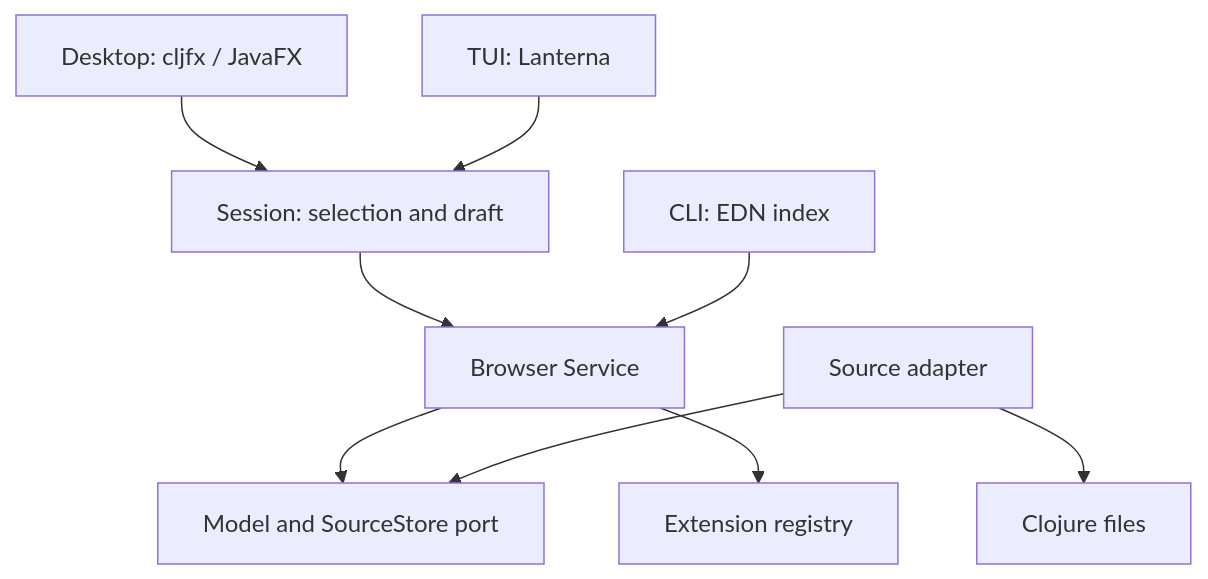
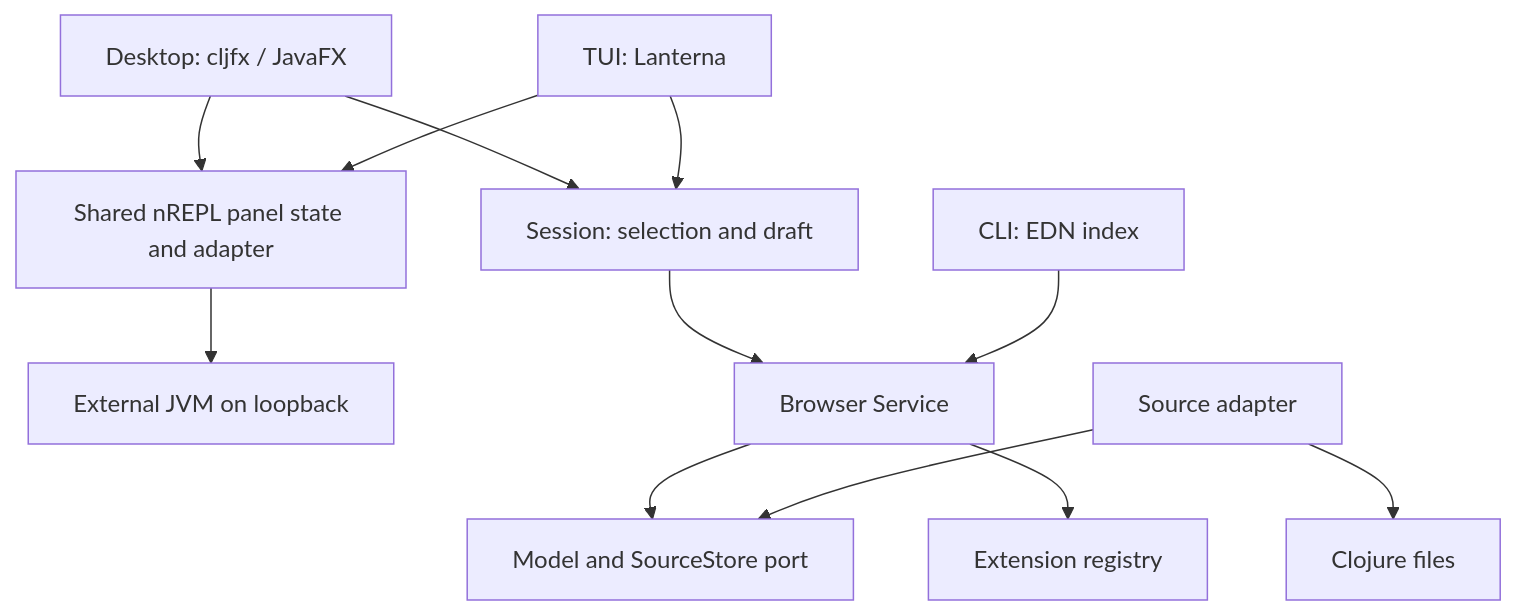
The diagram in docs/architecture.md (DevGiuDev/clojure-system-browser), drawn with Mermaid before and after one commit. The commit also changed other lines of this file and 15 other files, not shown here.

Commit message:
feat: add local nREPL panel

````diff
--- a/docs/architecture.md
+++ b/docs/architecture.md
@@ -7,11 +6,14 @@
 ```mermaid
 flowchart TD
   Desktop["Desktop: cljfx / JavaFX"] --> Session["Session: selection and draft"]
   TUI["TUI: Lanterna"] --> Session
+  Desktop --> REPL["Shared nREPL panel state and adapter"]
+  TUI --> REPL
+  REPL --> JVM["External JVM on loopback"]
   Session --> Service["Browser Service"]
   CLI["CLI: EDN index"] --> Service
   Service --> Ports["Model and SourceStore port"]
   Disk["Source adapter"] --> Ports
   Service --> Extensions["Extension registry"]
   Disk --> Files["Clojure files"]
 ```
````
